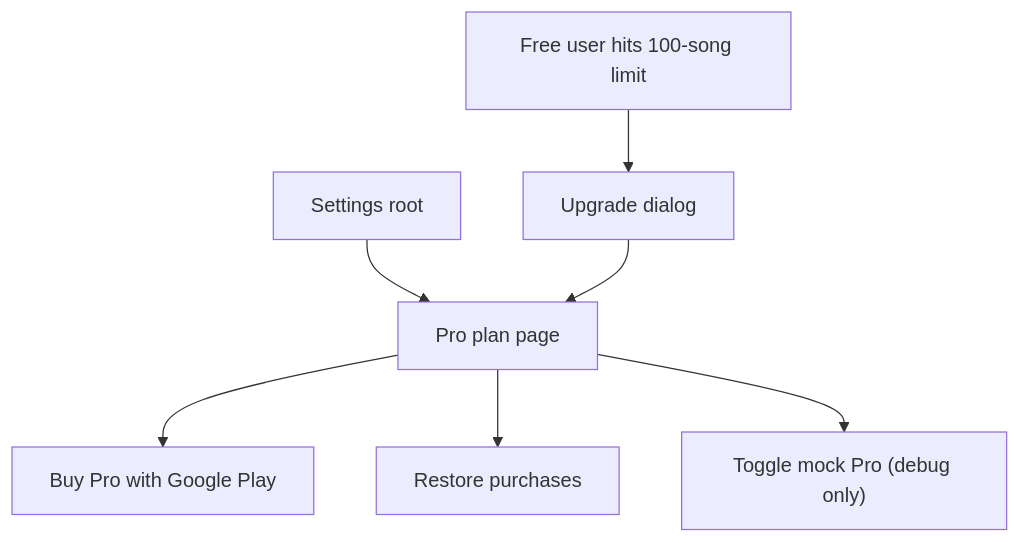
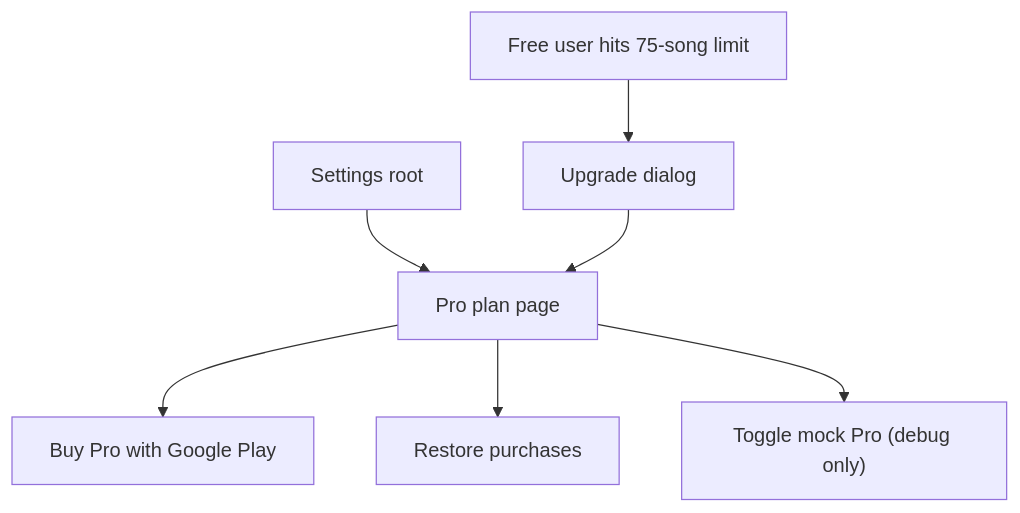
The second of 2 diagrams in docs/design/09-monetization.md (taigatkd/KaraMemo), drawn with Mermaid before and after one commit. The commit also changed other lines of this file and 12 other files, not shown here.

````diff
--- a/docs/design/09-monetization.md
+++ b/docs/design/09-monetization.md
@@ -75,9 +75,9 @@
 ```mermaid
 flowchart TD
     A["Settings root"] --> B["Pro plan page"]
     B --> C["Buy Pro with Google Play"]
     B --> D["Restore purchases"]
     B --> E["Toggle mock Pro (debug only)"]
-    F["Free user hits 100-song limit"] --> G["Upgrade dialog"]
+F["Free user hits 75-song limit"] --> G["Upgrade dialog"]
     G --> B
 ```
````
